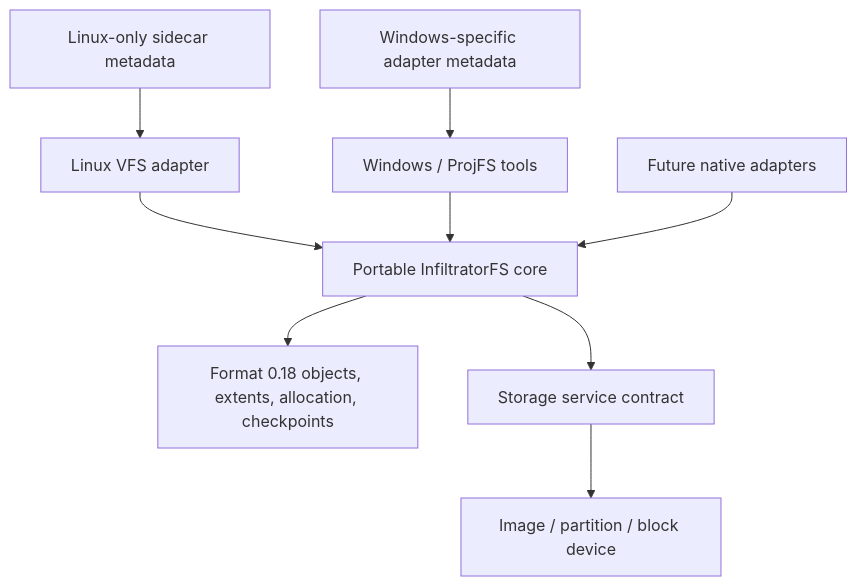
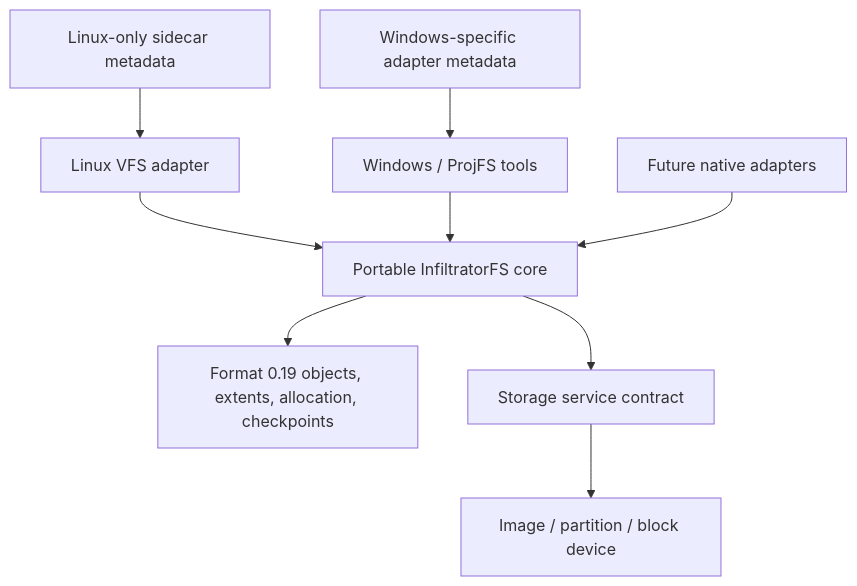
One commit to Infiltrator-Projects/InfiltratorFS changed the first of 2 diagrams in docs/ARCHITECTURE.md. Above: the diagram before and after it, drawn with Mermaid. The commit also changed other lines of this file and 67 other files, not shown here.

````diff
--- a/docs/ARCHITECTURE.md
+++ b/docs/ARCHITECTURE.md
@@ -22,11 +22,11 @@
 ```mermaid
 flowchart TB
     Linux[Linux VFS adapter] --> Core[Portable InfiltratorFS core]
     Windows[Windows / ProjFS tools] --> Core
     Future[Future native adapters] --> Core
-    Core --> Format[Format 0.18 objects, extents, allocation, checkpoints]
+    Core --> Format[Format 0.19 objects, extents, allocation, checkpoints]
     Core --> Storage[Storage service contract]
     Storage --> Media[Image / partition / block device]
     LinuxMeta[Linux-only sidecar metadata] --> Linux
     WindowsMeta[Windows-specific adapter metadata] --> Windows
 ```
````
